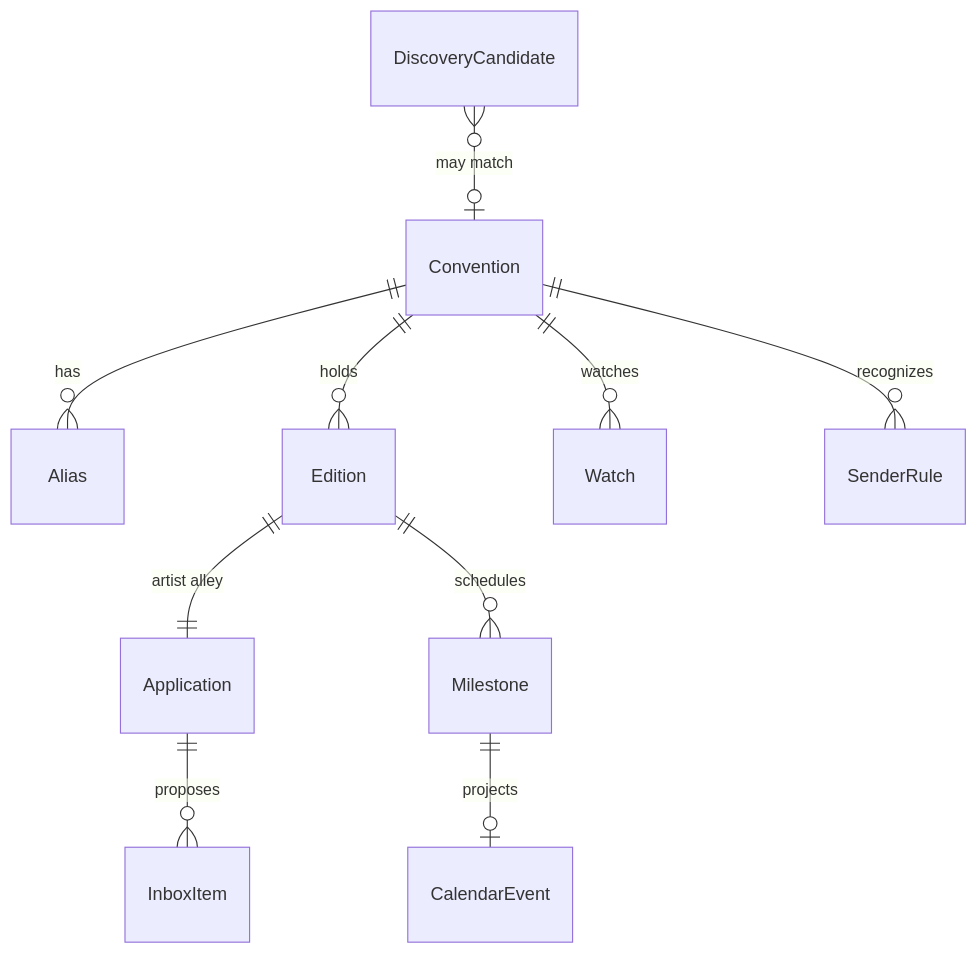
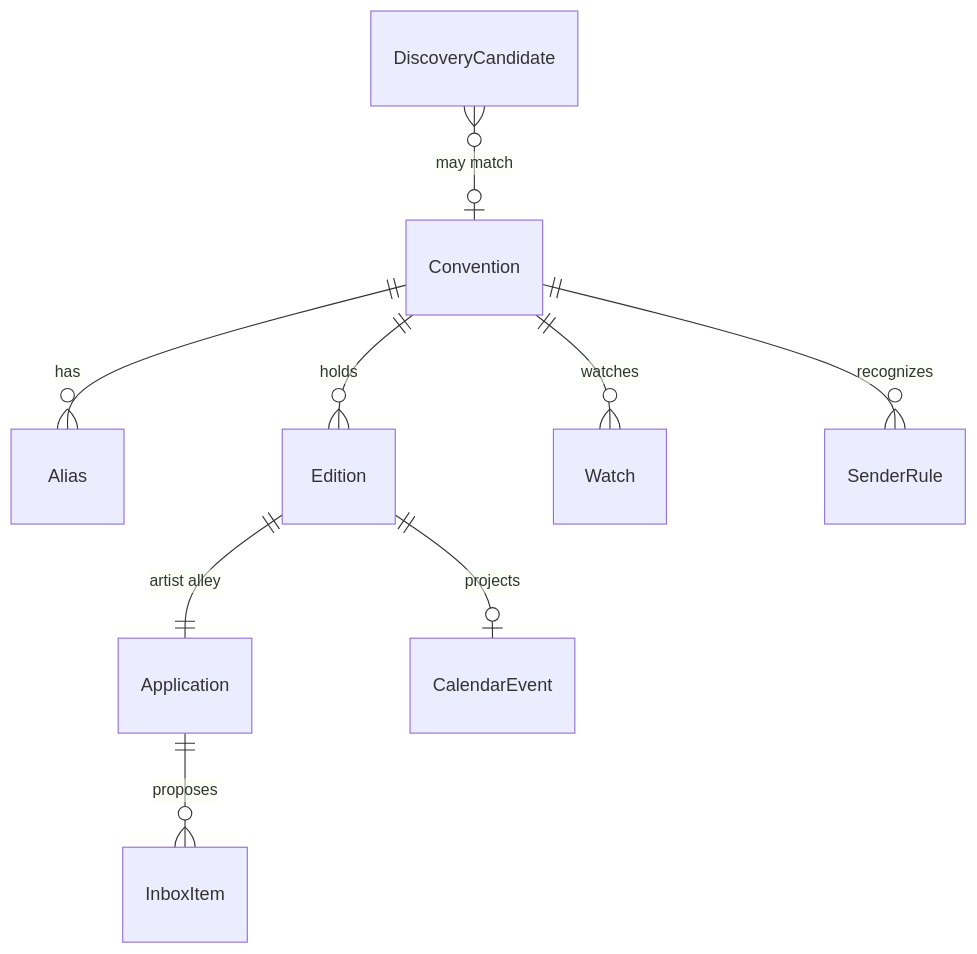
The second of 3 diagrams in docs/DESIGN.md (leav/expo_tracker), drawn with Mermaid before and after one commit. The commit also changed other lines of this file, not shown here.

````diff
--- a/docs/DESIGN.md
+++ b/docs/DESIGN.md
@@ -109,12 +109,11 @@
 ```mermaid
 erDiagram
   Convention ||--o{ Alias : has
   Convention ||--o{ Edition : holds
   Convention ||--o{ Watch : watches
   Edition ||--|| Application : "artist alley"
-  Edition ||--o{ Milestone : schedules
+  Edition ||--o| CalendarEvent : projects
   Application ||--o{ InboxItem : proposes
-  Milestone ||--o| CalendarEvent : projects
   Convention ||--o{ SenderRule : recognizes
   DiscoveryCandidate }o--o| Convention : "may match"
 ```
````
